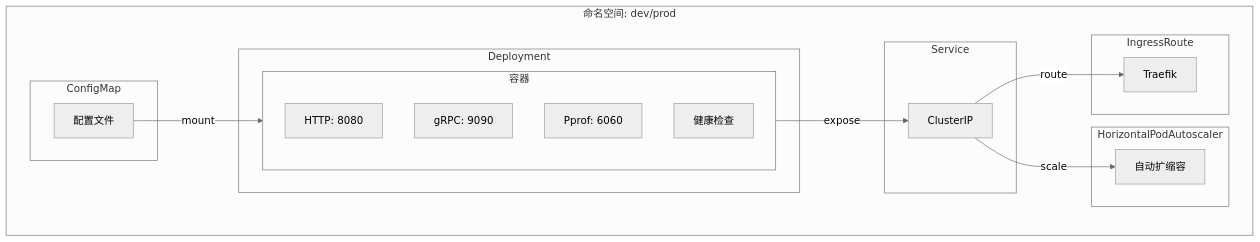
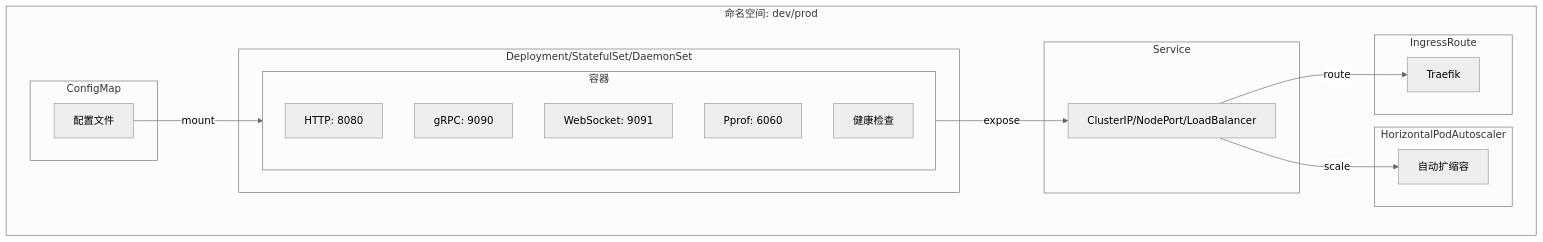
One commit to kamalyes/deploy-pipeline changed the first of 3 diagrams in README.md. Above: the diagram before and after it, drawn with Mermaid (neutral theme). The commit also changed other lines of this file and 4 other files, not shown here.

````diff
--- a/README.md
+++ b/README.md
@@ -658,34 +671,35 @@
 ```mermaid
 graph TD
     subgraph Namespace[命名空间: dev/prod]
         subgraph ConfigMap[ConfigMap]
             config[配置文件]
         end
         
-        subgraph Deployment[Deployment]
+        subgraph Workload[Deployment/StatefulSet/DaemonSet]
             subgraph Container[容器]
                 http[HTTP: 8080]
                 rpc[gRPC: 9090]
+                ws[WebSocket: 9091]
                 pprof[Pprof: 6060]
                 probes[健康检查]
             end
         end
         
         subgraph Service[Service]
-            service[ClusterIP]
+            service[ClusterIP/NodePort/LoadBalancer]
         end
         
         subgraph HPA[HorizontalPodAutoscaler]
             hpa[自动扩缩容]
         end
         
         subgraph Ingress[IngressRoute]
             ingress[Traefik]
         end
     end
     
     config -->|mount| Container
     Container -->|expose| service
     service -->|scale| hpa
     service -->|route| ingress
 ```
````
